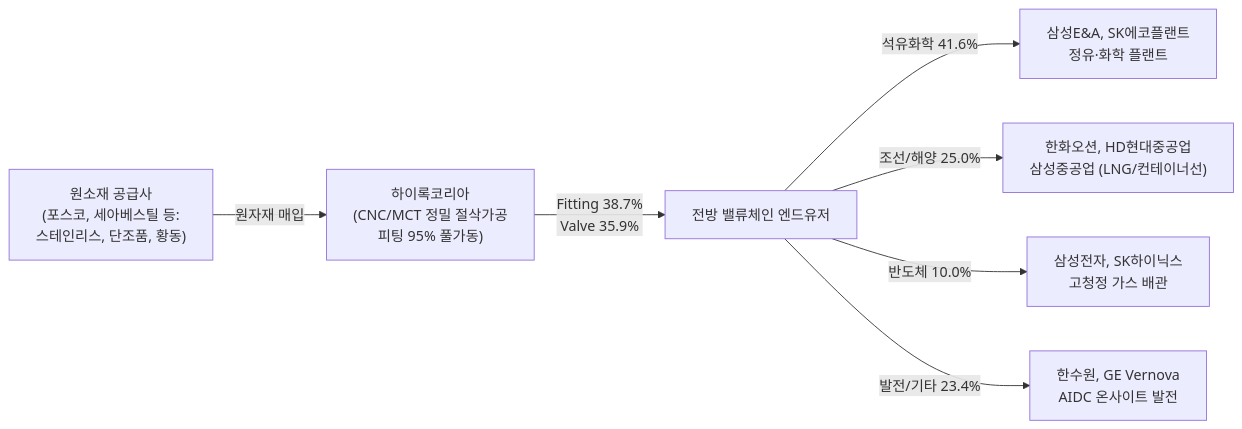
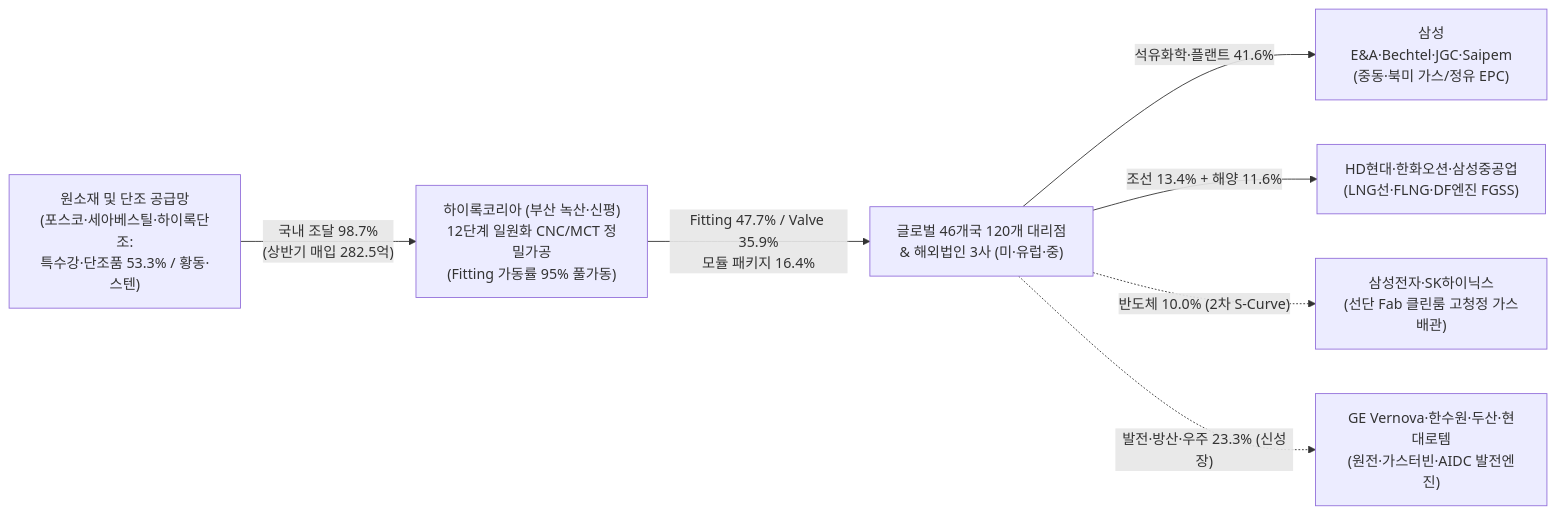
Before and after one commit to eve830521-cmd/my-skill: the diagram in Stock_Research/하이록코리아/3_Final_Reports/Phase1_Report.md, drawn with Mermaid. The commit also changed other lines of this file and 100 other files, not shown here.

````diff
--- a/Stock_Research/하이록코리아/3_Final_Reports/Phase1_Report.md
+++ b/Stock_Research/하이록코리아/3_Final_Reports/Phase1_Report.md
@@ -14,9 +32,9 @@
 ```mermaid
 graph LR
-    A["원소재 공급사<br/>(포스코, 세아베스틸 등:<br/>스테인리스, 단조품, 황동)"] -->|"원자재 매입"| B["하이록코리아<br/>(CNC/MCT 정밀 절삭가공<br/>피팅 95% 풀가동)"]
-    B -->|"Fitting 38.7%<br/>Valve 35.9%"| C["전방 밸류체인 엔드유저"]
-    C -->|"석유화학 41.6%"| D["삼성E&A, SK에코플랜트<br/>정유·화학 플랜트"]
-    C -->|"조선/해양 25.0%"| E["한화오션, HD현대중공업<br/>삼성중공업 (LNG/컨테이너선)"]
-    C -->|"반도체 10.0%"| F["삼성전자, SK하이닉스<br/>고청정 가스 배관"]
-    C -->|"발전/기타 23.4%"| G["한수원, GE Vernova<br/>AIDC 온사이트 발전"]
+    A["원소재 및 단조 공급망<br/>(포스코·세아베스틸·하이록단조:<br/>특수강·단조품 53.3% / 황동·스텐)"] -->|"국내 조달 98.7%<br/>(상반기 매입 282.5억)"| B["하이록코리아 (부산 녹산·신평)<br/>12단계 일원화 CNC/MCT 정밀가공<br/>(Fitting 가동률 95% 풀가동)"]
+    B -->|"Fitting 47.7% / Valve 35.9%<br/>모듈 패키지 16.4%"| C["글로벌 46개국 120개 대리점<br/>& 해외법인 3사 (미·유럽·중)"]
+    C -->|"석유화학·플랜트 41.6%"| D["삼성E&A·Bechtel·JGC·Saipem<br/>(중동·북미 가스/정유 EPC)"]
+    C -->|"조선 13.4% + 해양 11.6%"| E["HD현대·한화오션·삼성중공업<br/>(LNG선·FLNG·DF엔진 FGSS)"]
+    C -. "반도체 10.0% (2차 S-Curve)" .-> F["삼성전자·SK하이닉스<br/>(선단 Fab 클린룸 고청정 가스배관)"]
+    C -. "발전·방산·우주 23.3% (신성장)" .-> G["GE Vernova·한수원·두산·현대로템<br/>(원전·가스터빈·AIDC 발전엔진)"]
 ```
````
